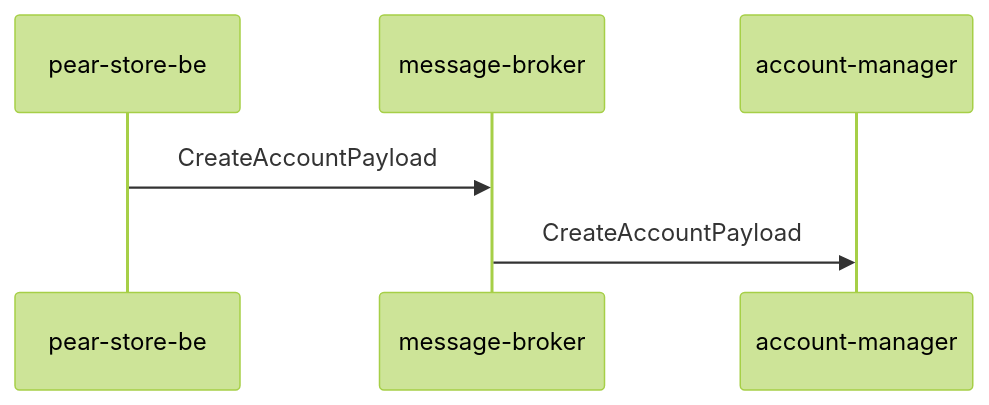
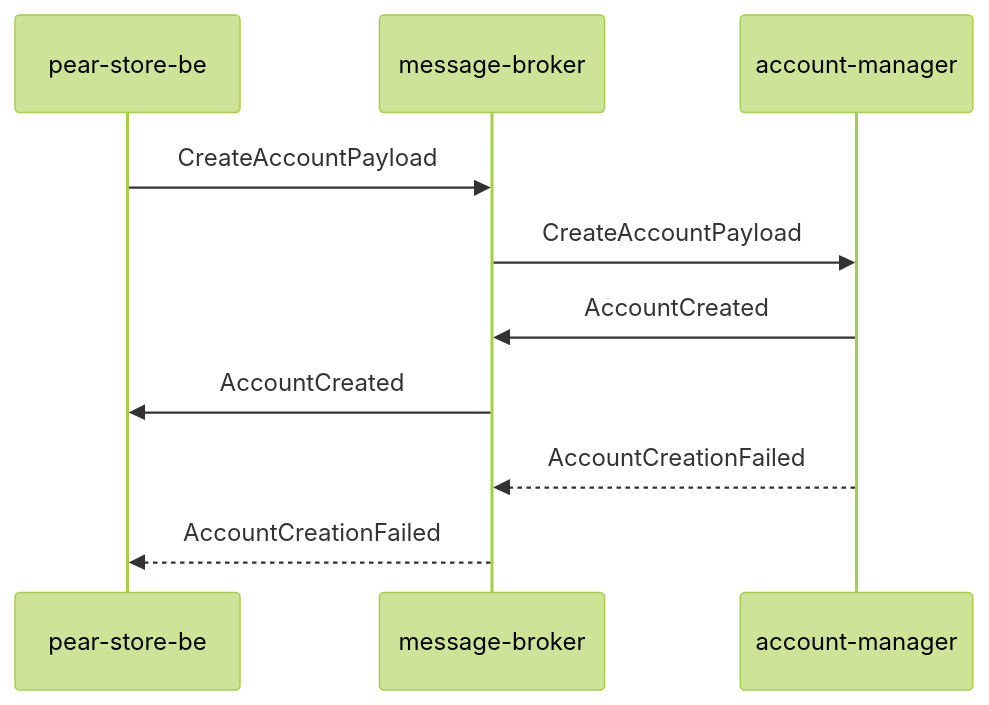
One commit to thomasdang1996/about-me changed the diagram in README.md. Above: the diagram before and after it, drawn with Mermaid (forest theme). The commit also changed other lines of this file, not shown here.

````diff
--- a/README.md
+++ b/README.md
@@ -34,5 +37,9 @@
 ```mermaid
 sequenceDiagram
     pear-store-be->>message-broker: CreateAccountPayload
     message-broker->>account-manager: CreateAccountPayload
+    account-manager->>message-broker: AccountCreated
+	message-broker->>pear-store-be: AccountCreated
+	    account-manager-->>message-broker: AccountCreationFailed
+	message-broker-->>pear-store-be: AccountCreationFailed
 ```
````
